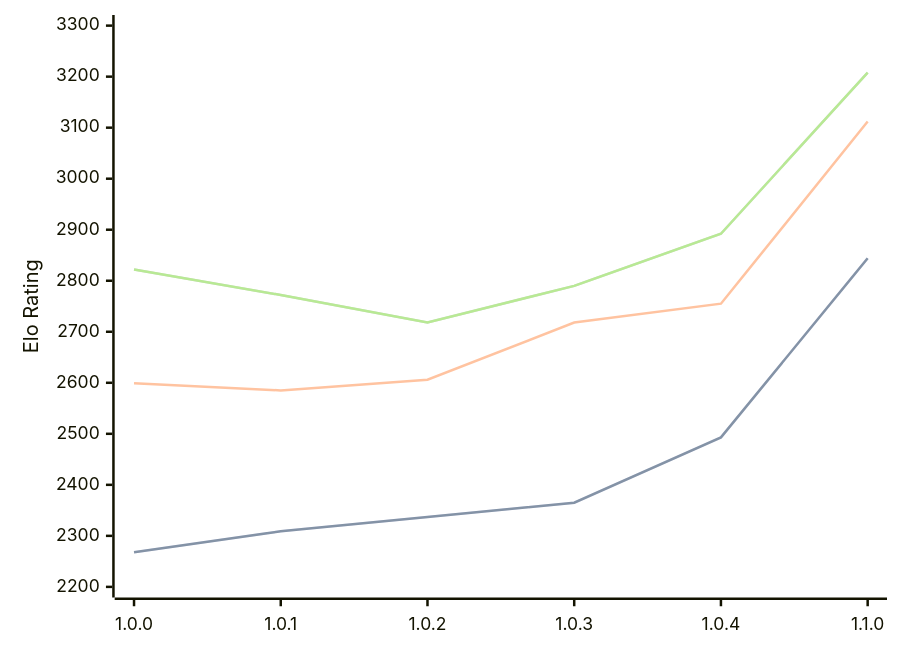
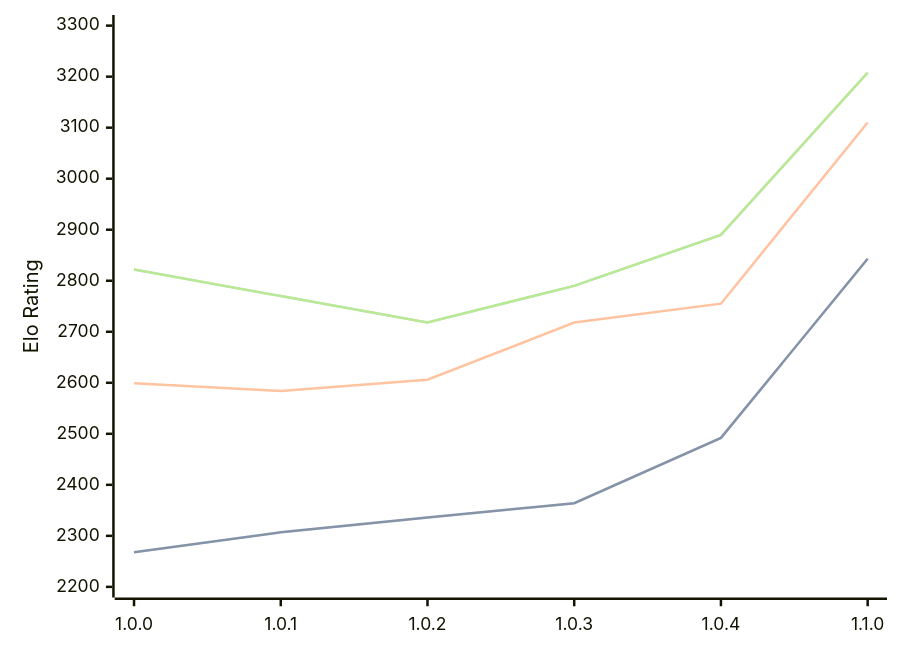
One commit to computer-chess-index/cci changed the diagram in engines/Grail.md. Above: the diagram before and after it, drawn with Mermaid. The commit also changed other lines of this file, not shown here.

Commit message:
Update CCI Ratings (ELO VLTC) - 2026-04-17

````diff
--- a/engines/Grail.md
+++ b/engines/Grail.md
@@ -36,11 +36,11 @@
 ```mermaid
 %%{init: {"theme":"base","themeVariables":{"seriesColors:['#a3a3a3','#222221','#faa371']}}}%%
 xychart-beta
   x-axis ["1.0.0", "1.0.1", "1.0.2", "1.0.3", "1.0.4", "1.1.0"]
   y-axis "Elo Rating" 2200 --> 3300
-  line "STC (8.0+0.08s)" [2268, 2309, 2337, 2365, 2493, 2844]
-  line "STC (8.0+0.08s)" [2268, 2309, 2337, 2365, 2493, 2844]
-  line "LTC (60.0+0.60s)" [2599, 2585, 2606, 2718, 2755, 3112]
-  line "VLTC (2m24s+1.12s)" [2822, 2772, 2718, 2790, 2892, 3208]
-  line "VLTC (2m24s+1.12s)" [2822, 2772, 2718, 2790, 2892, 3208]
+  line "STC (8.0+0.08s)" [2268, 2307, 2336, 2364, 2492, 2843]
+  line "STC (8.0+0.08s)" [2268, 2307, 2336, 2364, 2492, 2843]
+  line "LTC (60.0+0.60s)" [2599, 2584, 2606, 2718, 2755, 3110]
+  line "VLTC (2m24s+1.12s)" [2822, 2770, 2718, 2790, 2890, 3208]
+  line "VLTC (2m24s+1.12s)" [2822, 2770, 2718, 2790, 2890, 3208]
 ```
````
